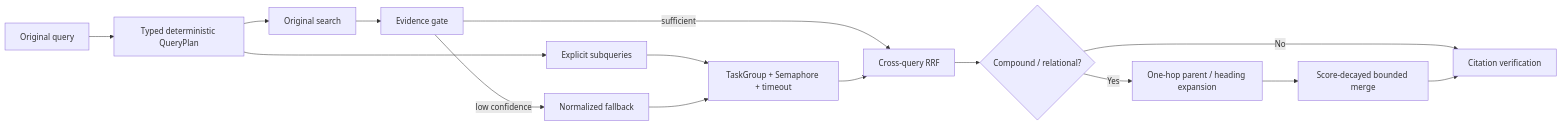
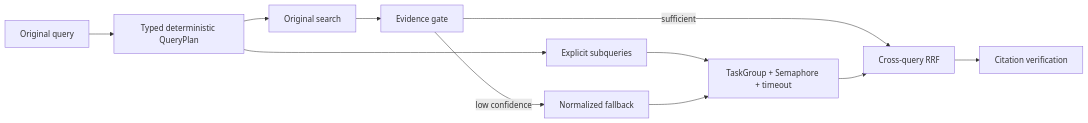
One commit to Cchena1/agentforge changed the fourth of 6 diagrams in docs/architecture.md. Above: the diagram before and after it, drawn with Mermaid. The commit also changed other lines of this file and 11 other files, not shown here.

Commit message:
revert: move GraphRAG exploration to feature branch

````diff
--- a/docs/architecture.md
+++ b/docs/architecture.md
@@ -330,17 +326,13 @@
 ```mermaid
 flowchart LR
     Q["Original query"] --> P["Typed deterministic QueryPlan"]
     P --> O["Original search"]
     P --> S["Explicit subqueries"]
     O --> E["Evidence gate"]
     E -->|"low confidence"| N["Normalized fallback"]
     E -->|"sufficient"| F["Cross-query RRF"]
     S --> T["TaskGroup + Semaphore + timeout"]
     N --> T
     T --> F
-    F --> R{"Compound / relational?"}
-    R -->|No| V["Citation verification"]
-    R -->|Yes| G["One-hop parent / heading expansion"]
-    G --> M["Score-decayed bounded merge"]
-    M --> V
+    F --> V["Citation verification"]
 ```
````
